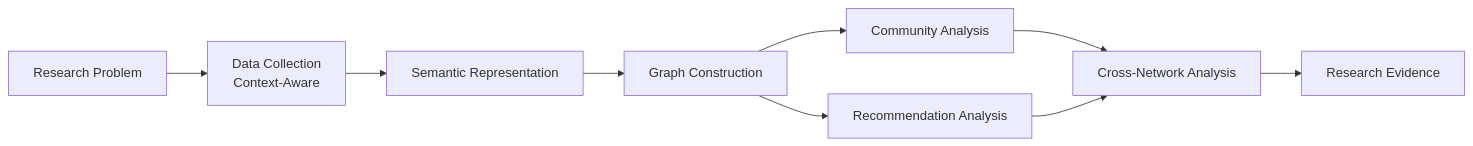
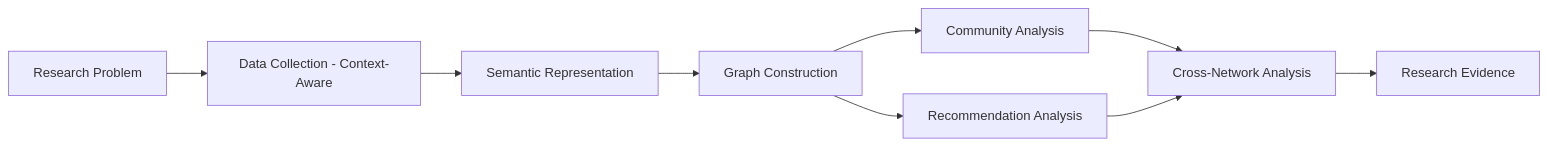
One commit to Ahmed-yasser86/The_CSocial_Science_Lab changed the seventh of 7 diagrams in README.md. Above: the diagram before and after it, drawn with Mermaid. The commit also changed other lines of this file, not shown here.

First line of the commit message:
fix: remove <br/> tags from Mermaid diagrams in README

````diff
--- a/README.md
+++ b/README.md
@@ -1468,11 +1466,11 @@
 ```mermaid
 graph LR
-    RP[Research Problem] --> DC[Data Collection<br/>Context-Aware]
+    RP[Research Problem] --> DC[Data Collection - Context-Aware]
     DC --> SR[Semantic Representation]
     SR --> GC[Graph Construction]
     GC --> CA[Community Analysis]
     GC --> RA[Recommendation Analysis]
     CA --> CNA[Cross-Network Analysis]
     RA --> CNA
     CNA --> RE[Research Evidence]
 ```
````
